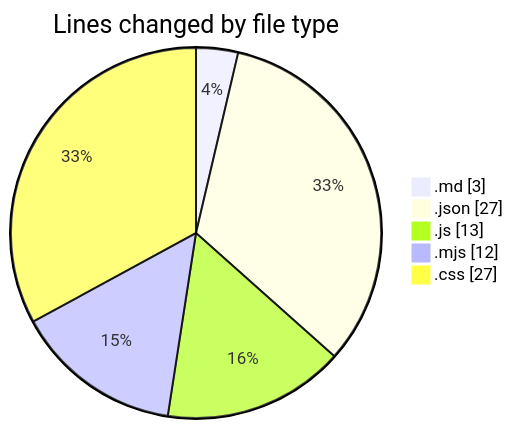
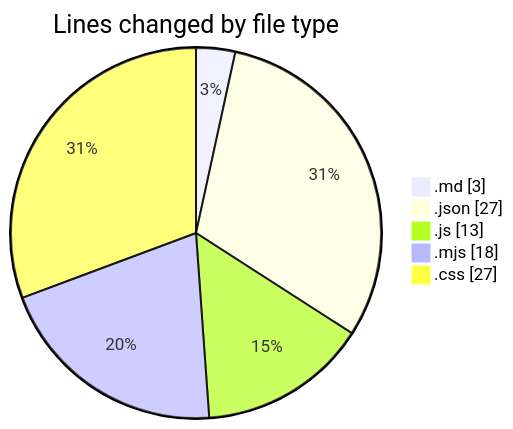
One commit to Ritupan-Deka/code-tracking changed the first of 2 diagrams in 2025-06-18/scopesketch-app/README.md. Above: the diagram before and after it, drawn with Mermaid. The commit also changed other lines of this file and 1 other file, not shown here.

````diff
--- a/2025-06-18/scopesketch-app/README.md
+++ b/2025-06-18/scopesketch-app/README.md
@@ -24,9 +24,9 @@
 ```mermaid
 pie showData
 title Lines changed by file type
 ".md" : 3
 ".json" : 27
 ".js" : 13
-".mjs" : 12
+".mjs" : 18
 ".css" : 27
 ```
````
